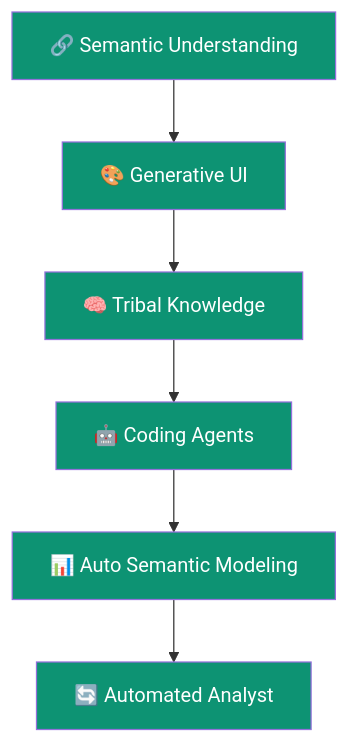
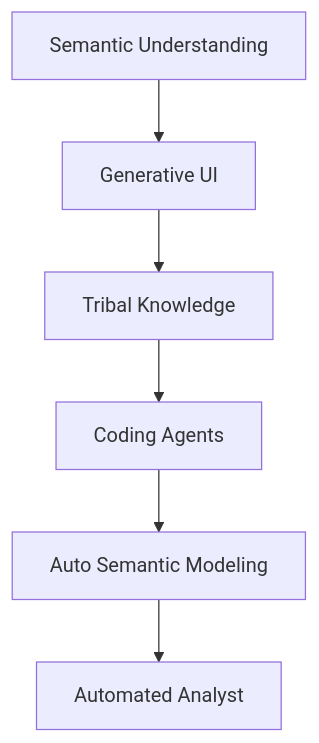
Before and after one commit to ashishsuperatom/tech-docs: the first of 2 diagrams in ip/overview.mdx, drawn with Mermaid. The commit also changed other lines of this file and 37 other files, not shown here.

First line of the commit message:
Clean up docs: remove em-dashes, fix mermaid diagrams, remove emojis

````diff
--- a/ip/overview.mdx
+++ b/ip/overview.mdx
@@ -9,15 +9,9 @@
 ```mermaid
 flowchart TD
-    I1["🔗 Semantic Understanding"] --> I2["🎨 Generative UI"]
-    I2 --> I3["🧠 Tribal Knowledge"]
-    I3 --> I4["🤖 Coding Agents"]
-    I4 --> I5["📊 Auto Semantic Modeling"]
-    I5 --> I6["🔄 Automated Analyst"]
+    I1["Semantic Understanding"] --> I2["Generative UI"]
+    I2 --> I3["Tribal Knowledge"]
+    I3 --> I4["Coding Agents"]
+    I4 --> I5["Auto Semantic Modeling"]
+    I5 --> I6["Automated Analyst"]
 
-    style I1 fill:#0D9373,color:#fff
-    style I2 fill:#0D9373,color:#fff
-    style I3 fill:#0D9373,color:#fff
-    style I4 fill:#0D9373,color:#fff
-    style I5 fill:#0D9373,color:#fff
-    style I6 fill:#0D9373,color:#fff
 ```
````
